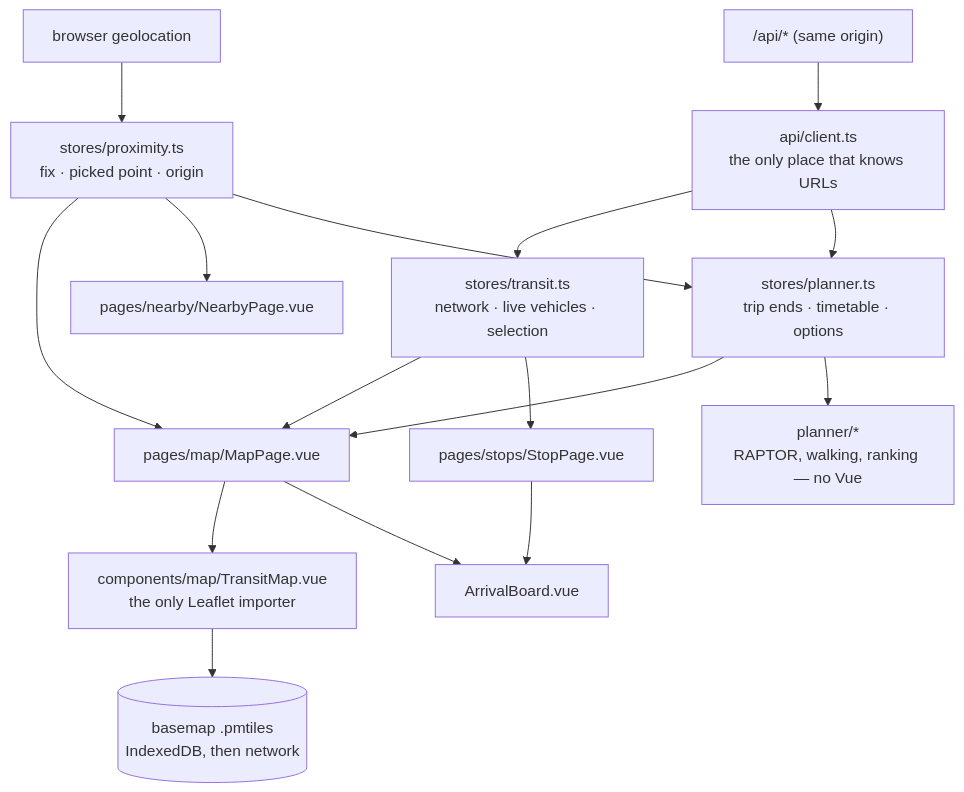
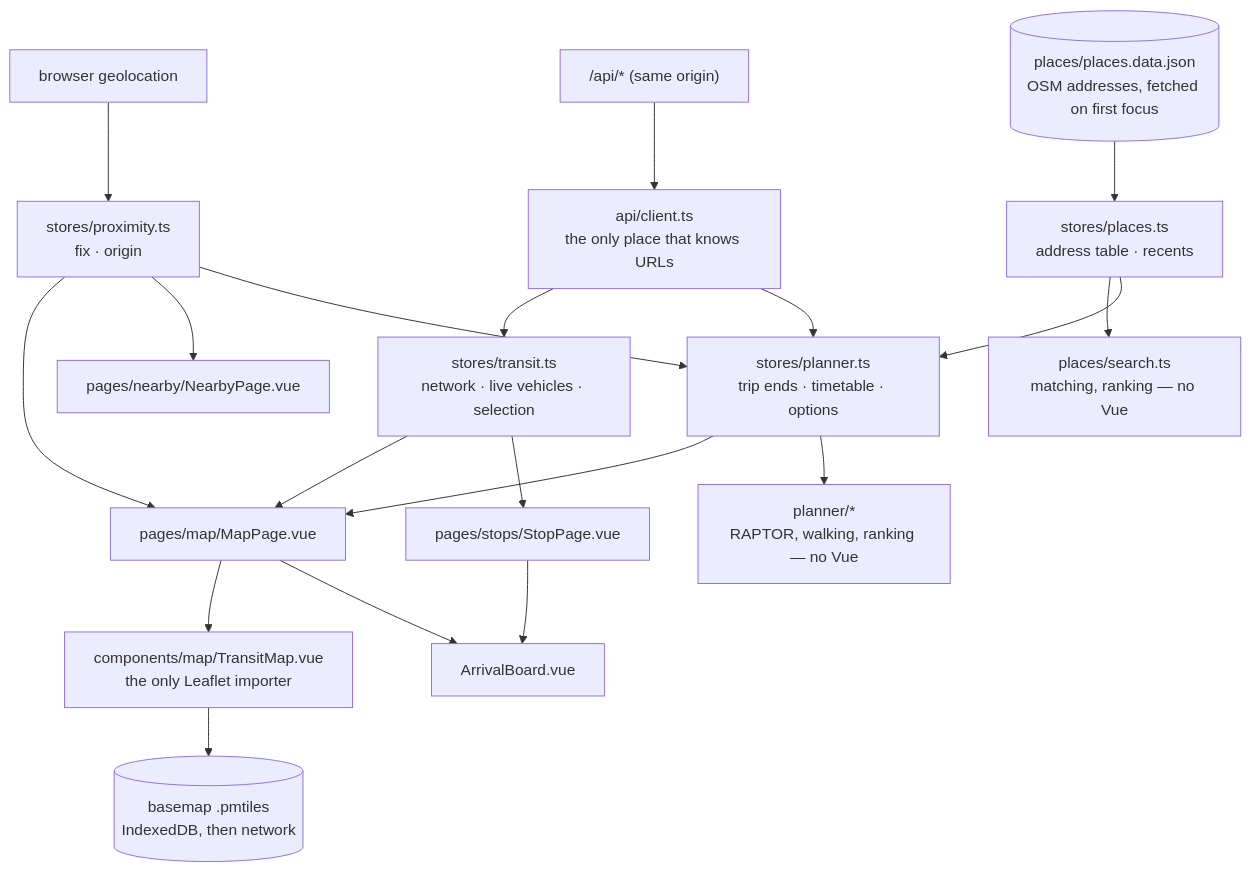
The diagram in apps/web/README.md (hackteck/Susanin), drawn with Mermaid before and after one commit. The commit also changed other lines of this file and 21 other files, not shown here.

````diff
--- a/apps/web/README.md
+++ b/apps/web/README.md
@@ -20,18 +20,21 @@
 ```mermaid
 flowchart TD
   API["/api/* (same origin)"] --> CLIENT["api/client.ts<br/>the only place that knows URLs"]
   CLIENT --> TRANSIT["stores/transit.ts<br/>network · live vehicles · selection"]
-  GEO["browser geolocation"] --> PROX["stores/proximity.ts<br/>fix · picked point · origin"]
+  GEO["browser geolocation"] --> PROX["stores/proximity.ts<br/>fix · origin"]
   TRANSIT --> MAP["pages/map/MapPage.vue"]
   PROX --> MAP
   TRANSIT --> STOP["pages/stops/StopPage.vue"]
   PROX --> NEAR["pages/nearby/NearbyPage.vue"]
   CLIENT --> PLAN["stores/planner.ts<br/>trip ends · timetable · options"]
   PROX --> PLAN
   PLAN --> MAP
   PLAN --> ENGINE["planner/*<br/>RAPTOR, walking, ranking — no Vue"]
+  TABLE[("places/places.data.json<br/>OSM addresses, fetched on first focus")] --> PLACES["stores/places.ts<br/>address table · recents"]
+  PLACES --> SEARCH["places/search.ts<br/>matching, ranking — no Vue"]
+  PLACES --> PLAN
   MAP --> TM["components/map/TransitMap.vue<br/>the only Leaflet importer"]
   TM --> TILES[("basemap .pmtiles<br/>IndexedDB, then network")]
   MAP --> BOARD["ArrivalBoard.vue"]
   STOP --> BOARD
 ```
````
